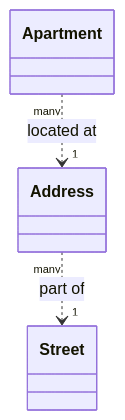
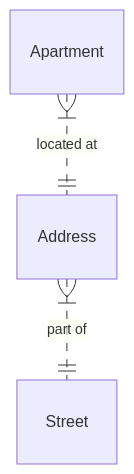
One commit to CEU-Economics-and-Business/ECBS-5146-Different-Shapes-of-Data changed the fourth of 7 diagrams in _episodes/07-modeling.md. Above: the diagram before and after it, drawn with Mermaid. The commit also changed other lines of this file and 1 other file, not shown here.

```diff
--- a/_episodes/07-modeling.md
+++ b/_episodes/07-modeling.md
@@ -134,5 +111,5 @@
 <div class="mermaid">
-classDiagram
-    Apartment "many" ..> "1" Address : located at
-    Address "many" ..> "1" Street : part of
+erDiagram
+          Apartment }|..|| Address : "located at"
+          Address }|..|| Street : "part of"
 </div>
```
